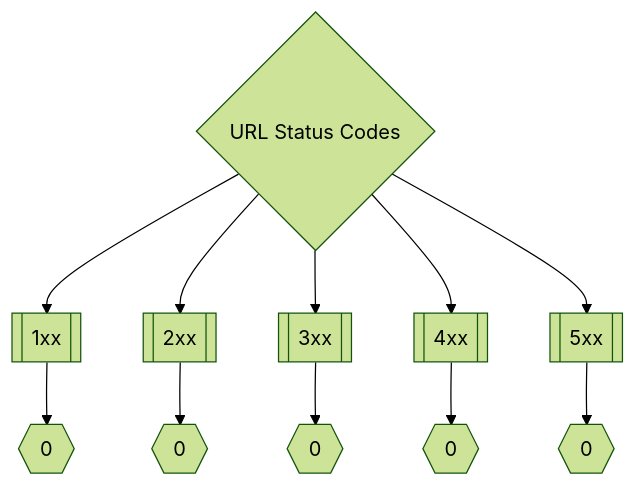
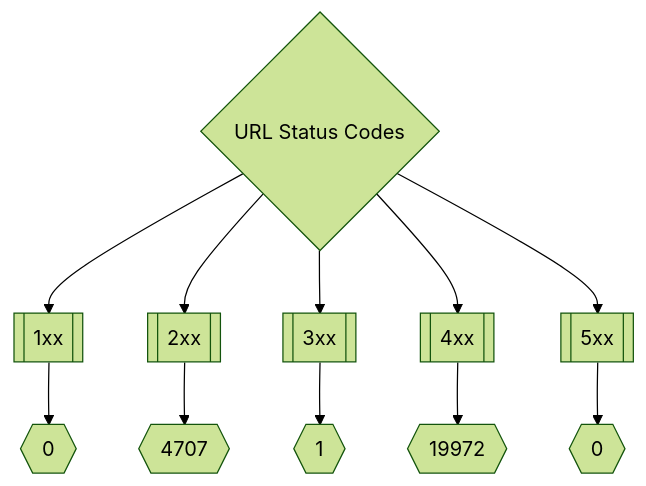
Before and after one commit to trickest/inventory: the second of 3 diagrams in README.md, drawn with Mermaid (forest theme). The commit also changed other lines of this file and 440 other files, not shown here.

````diff
--- a/README.md
+++ b/README.md
@@ -173,8 +173,8 @@
 ```mermaid
 graph TD
 title{URL Status Codes} --> 1xx[[1xx]] --> status1xxNum{{0}}
-title --> 2xx[[2xx]] --> status2xxNum{{0}}
-title --> 3xx[[3xx]] --> status3xxNum{{0}}
-title --> 4xx[[4xx]] --> status4xxNum{{0}}
+title --> 2xx[[2xx]] --> status2xxNum{{4707}}
+title --> 3xx[[3xx]] --> status3xxNum{{1}}
+title --> 4xx[[4xx]] --> status4xxNum{{19972}}
 title --> 5xx[[5xx]] --> status5xxNum{{0}}
 ```
````
